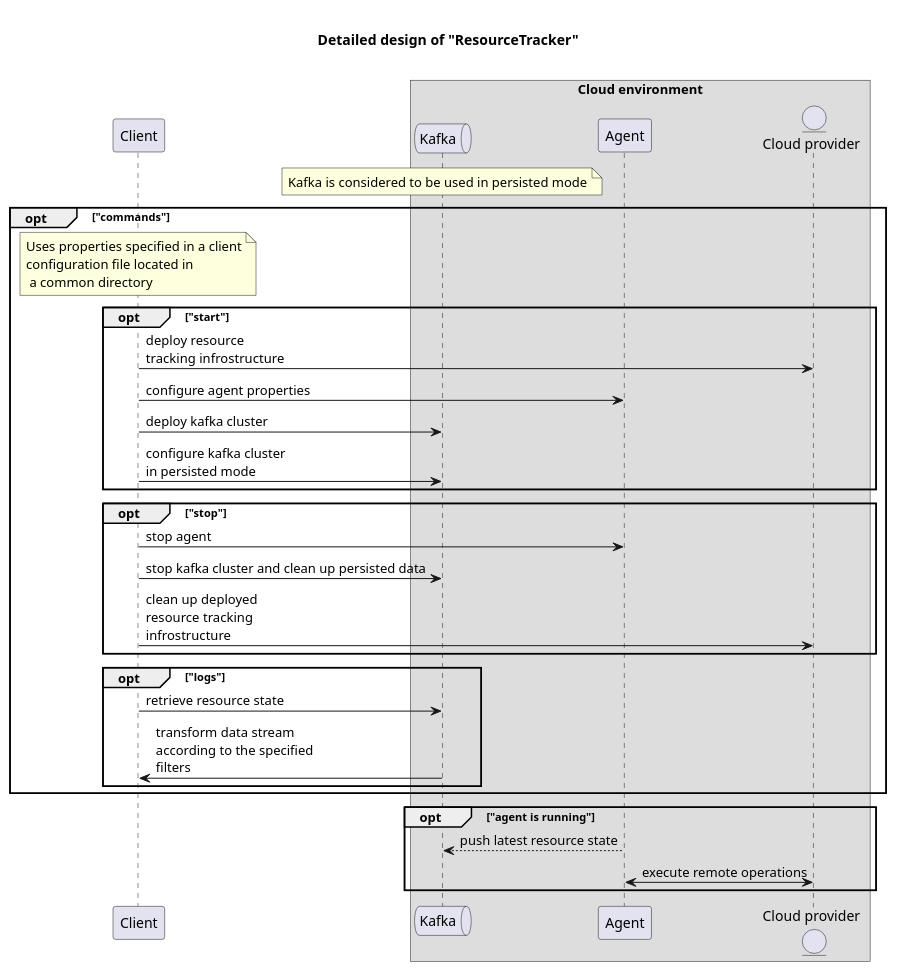
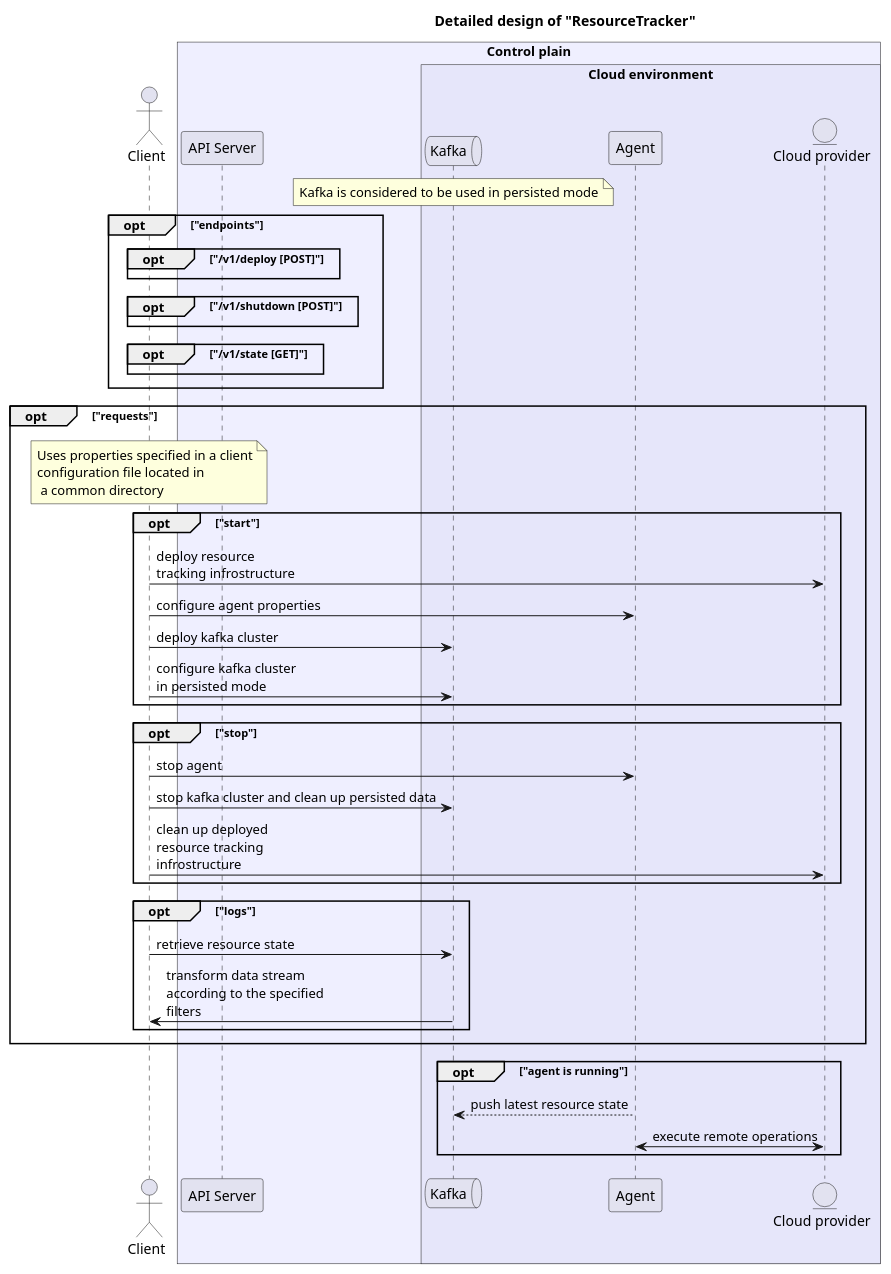
The diagram in docs/detailed-design-raw.md (YarikRevich/ResourceTracker), drawn with PlantUML before and after one commit. The commit also changed 124 other files, not shown here.

````diff
--- a/docs/detailed-design-raw.md
+++ b/docs/detailed-design-raw.md
@@ -1,45 +1,59 @@
 ```plantuml
-title
+!pragma teoz true
 
-  Detailed design of "ResourceTracker"
-
+title 
+    Detailed design of "ResourceTracker" 
 end title
 
-participant "Client" as client
+actor "Client" as client
 
-box "Cloud environment"
+box "Control plain" #MOTIVATION
+participant "API Server" as apiserver
+
+box "Cloud environment" #Lavender
 queue "Kafka" as kafka
 participant "Agent" as agent
 entity "Cloud provider" as cloudprovider
 end box
 
+end box
+
 note over kafka: Kafka is considered to be used in persisted mode
 
-opt "commands"
+opt "endpoints"
+opt "/v1/deploy [POST]"
+end
+opt "/v1/shutdown [POST]"
+end
+opt "/v1/state [GET]"
+end
+end
+
+opt "requests"
 note over client: Uses properties specified in a client\nconfiguration file located in\n a common directory
 
 opt "start"
 client -> cloudprovider: deploy resource\ntracking infrostructure
 client -> agent: configure agent properties
 client -> kafka: deploy kafka cluster
 client -> kafka: configure kafka cluster\nin persisted mode
 end
 
 opt "stop"
 client -> agent: stop agent
 client -> kafka: stop kafka cluster and clean up persisted data
 client -> cloudprovider: clean up deployed\nresource tracking\ninfrostructure
 end
 
 opt "logs"
 client -> kafka: retrieve resource state
 kafka -> client: transform data stream\naccording to the specified\nfilters
 end
 
 end
 
 opt "agent is running"
 agent --> kafka: push latest resource state
 agent <-> cloudprovider: execute remote operations
 end
 ```
````
